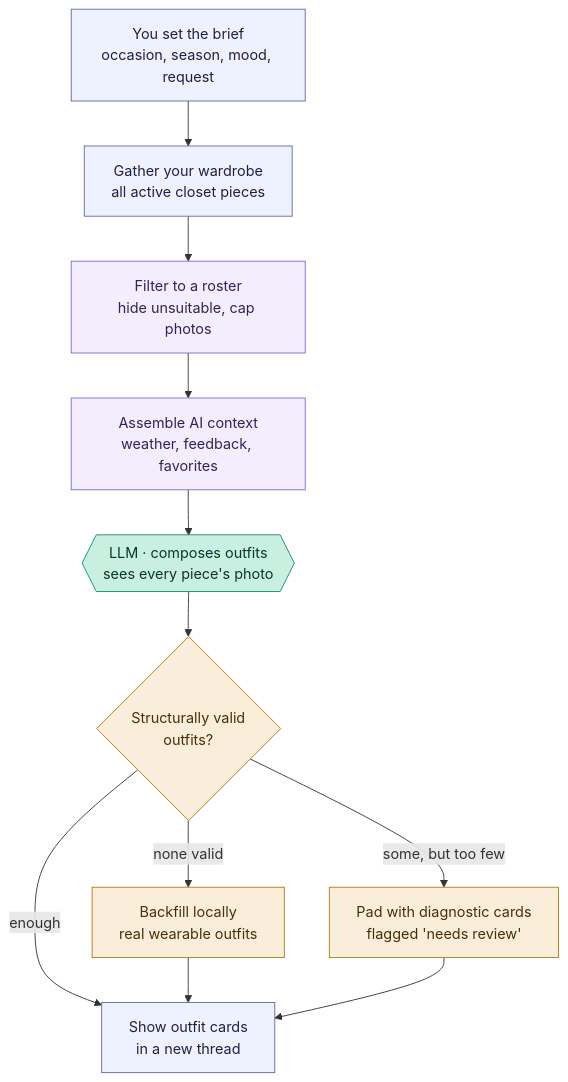
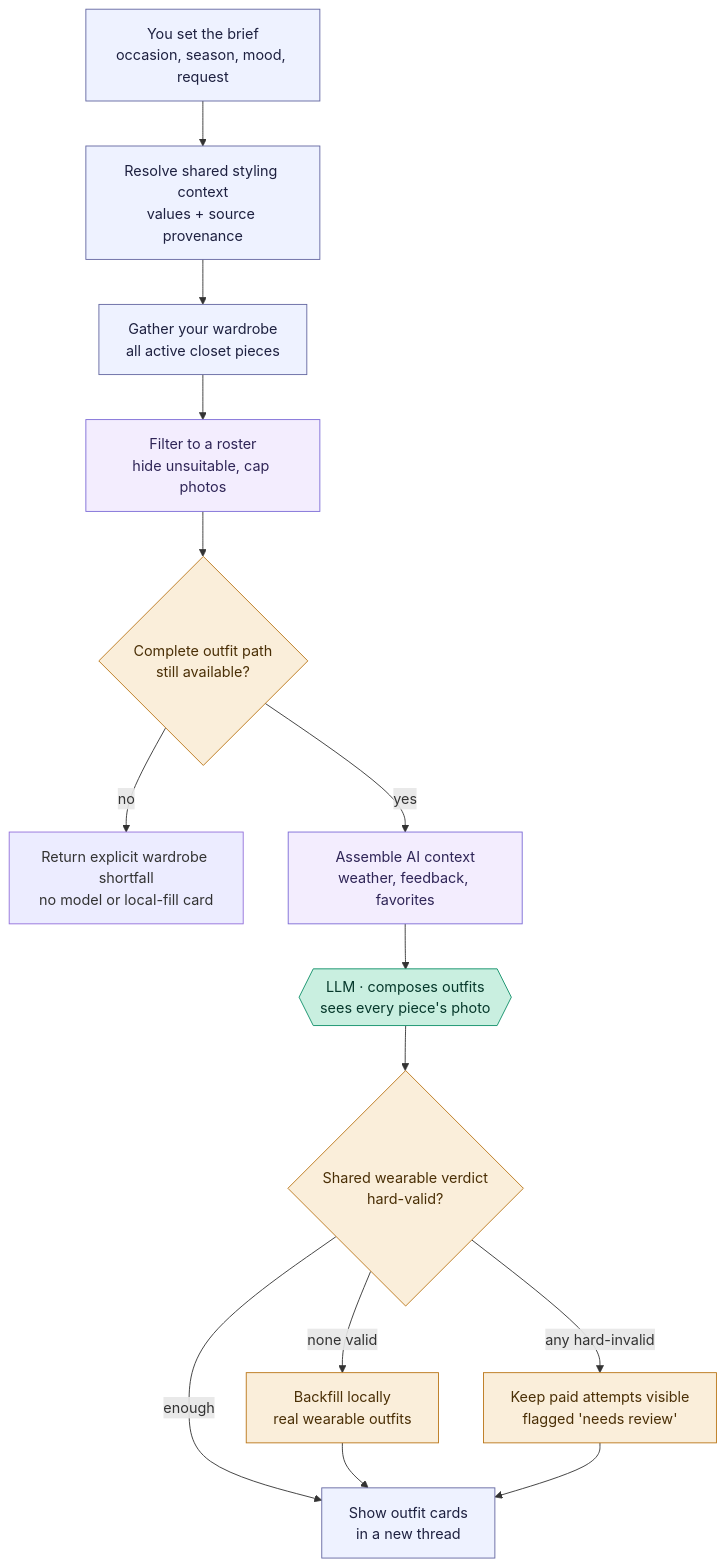
Before and after one commit to yunap/closet: the second of 4 diagrams in docs/flows/use-my-wardrobe.md, drawn with Mermaid. The commit also changed other lines of this file and 71 other files, not shown here.

First line of the commit message:
Consolidate closet architecture ownership (#254)

````diff
--- a/docs/flows/use-my-wardrobe.md
+++ b/docs/flows/use-my-wardrobe.md
@@ -27,20 +32,23 @@
 ```mermaid
 flowchart TD
-    A["You set the brief<br/>occasion, season, mood, request"] --> B["Gather your wardrobe<br/>all active closet pieces"]
+    A["You set the brief<br/>occasion, season, mood, request"] --> X["Resolve shared styling context<br/>values + source provenance"]
+    X --> B["Gather your wardrobe<br/>all active closet pieces"]
     B --> C["Filter to a roster<br/>hide unsuitable, cap photos"]
-    C --> D["Assemble AI context<br/>weather, feedback, favorites"]
+    C --> Q{"Complete outfit path<br/>still available?"}
+    Q -->|no| S["Return explicit wardrobe shortfall<br/>no model or local-fill card"]
+    Q -->|yes| D["Assemble AI context<br/>weather, feedback, favorites"]
     D --> E{{"LLM · composes outfits<br/>sees every piece's photo"}}
-    E --> F{"Structurally valid<br/>outfits?"}
+    E --> F{"Shared wearable verdict<br/>hard-valid?"}
     F -->|enough| I["Show outfit cards<br/>in a new thread"]
     F -->|none valid| G["Backfill locally<br/>real wearable outfits"] --> I
-    F -->|some, but too few| H["Pad with diagnostic cards<br/>flagged 'needs review'"] --> I
+    F -->|any hard-invalid| H["Keep paid attempts visible<br/>flagged 'needs review'"] --> I
 
     classDef app fill:#eef2ff,stroke:#6366a0,color:#1e2140;
     classDef rules fill:#f3edfe,stroke:#7c6bd6,color:#2f2557;
     classDef model fill:#c9efe0,stroke:#0f8f68,color:#06382b;
     classDef check fill:#faeeda,stroke:#ba7517,color:#4a2f06;
-    class A,B,I app;
+    class A,X,B,I app;
     class C,D rules;
     class E model;
-    class F,G,H check;
+    class Q,F,G,H check;
 ```
````
